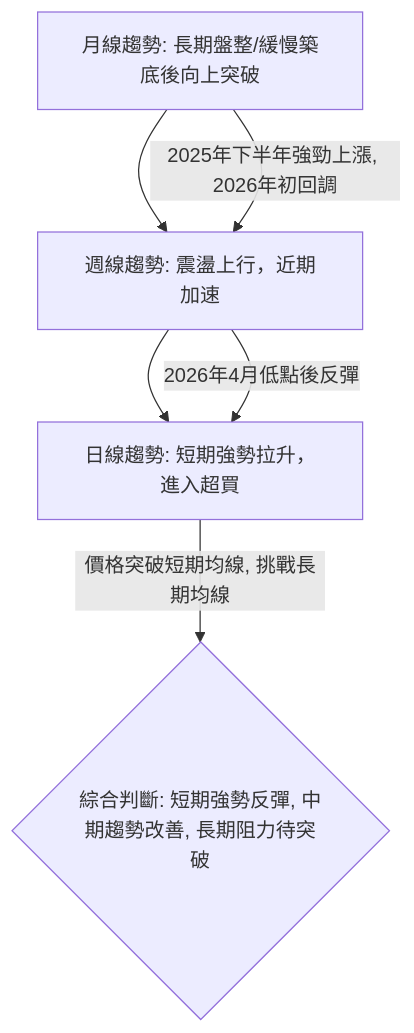
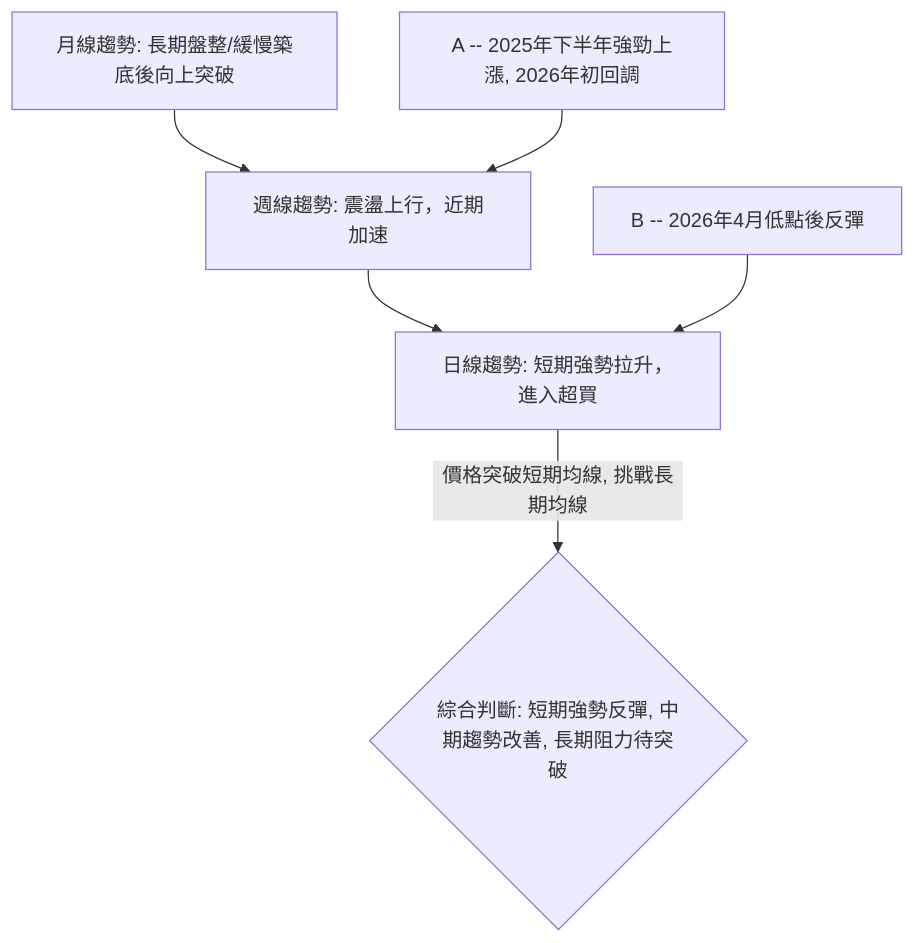
One commit to yennanliu/finance_data changed the second of 6 diagrams in ai_gen_report/stock/pltr/technical_analysis_2026-06-01_gemini.md. Above: the diagram before and after it, drawn with Mermaid. The commit also changed other lines of this file and 2258 other files, not shown here.

First line of the commit message:
chore: backfill Mermaid syntax repair across existing reports

````diff
--- a/ai_gen_report/stock/pltr/technical_analysis_2026-06-01_gemini.md
+++ b/ai_gen_report/stock/pltr/technical_analysis_2026-06-01_gemini.md
@@ -131,8 +131,8 @@
 ```mermaid
 graph TD
-    A[月線趨勢: 長期盤整/緩慢築底後向上突破] --> B[週線趨勢: 震盪上行，近期加速]
-    B --> C[日線趨勢: 短期強勢拉升，進入超買]
-    A -- 2025年下半年強勁上漲, 2026年初回調 --> B
-    B -- 2026年4月低點後反彈 --> C
-    C -- 價格突破短期均線, 挑戰長期均線 --> D{綜合判斷: 短期強勢反彈, 中期趨勢改善, 長期阻力待突破}
+    A["月線趨勢: 長期盤整/緩慢築底後向上突破"] --> B["週線趨勢: 震盪上行，近期加速"]
+    B --> C["日線趨勢: 短期強勢拉升，進入超買"]
+    nb1["A -- 2025年下半年強勁上漲, 2026年初回調"] --> B
+    nb2["B -- 2026年4月低點後反彈"] --> C
+    C -- 價格突破短期均線, 挑戰長期均線 --> D{"綜合判斷: 短期強勢反彈, 中期趨勢改善, 長期阻力待突破"}
 ```
````
